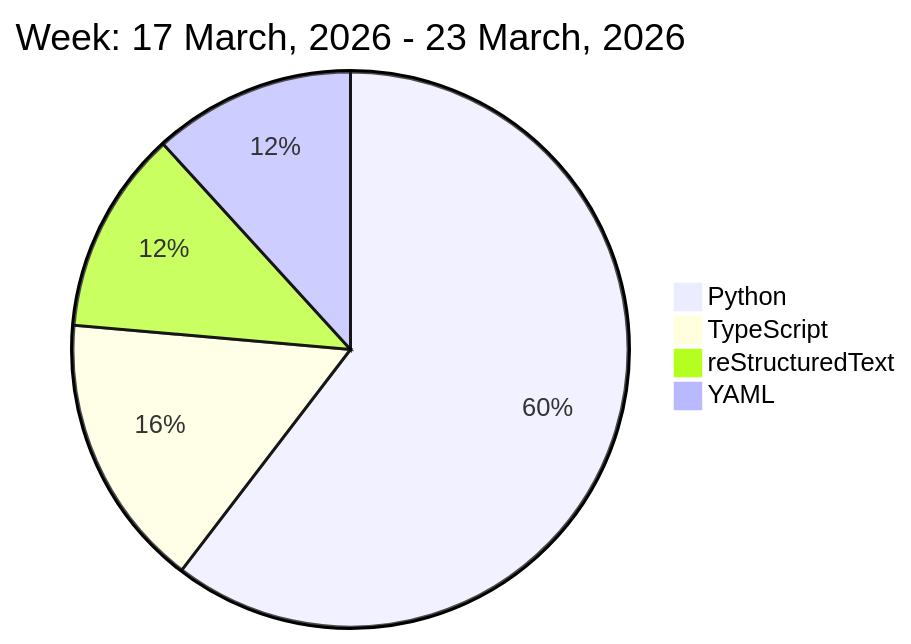
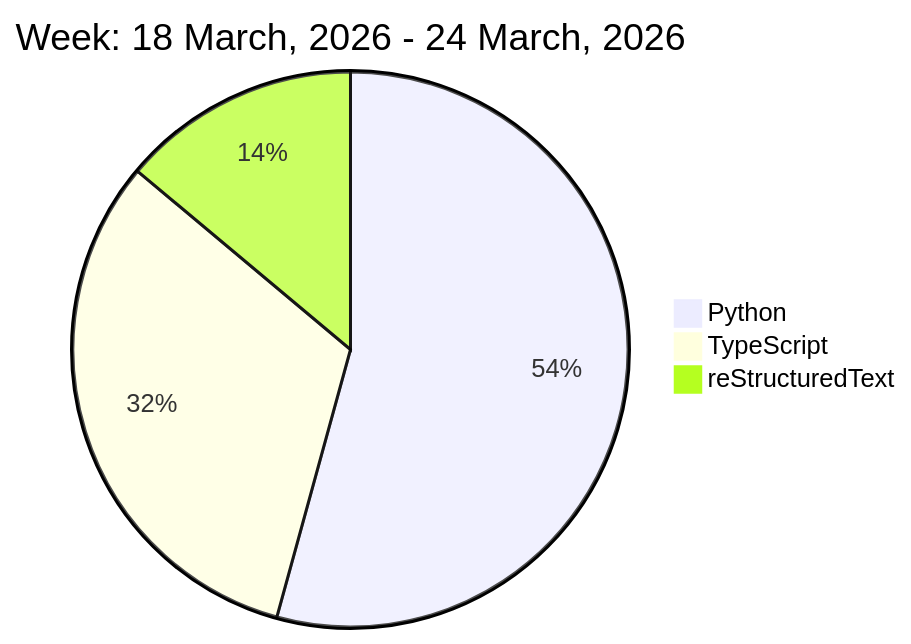
The diagram in README.md (liubin95/liubin95), drawn with Mermaid before and after one commit.

Commit message:
Updated the Graph with new Metrics

````diff
--- a/README.md
+++ b/README.md
@@ -32,8 +32,7 @@
 ```mermaid
  pie
-title Week: 17 March, 2026 - 23 March, 2026
- "Python" : 14.53
- "TypeScript" : 3.85
- "reStructuredText" : 2.85
- "YAML" : 2.83
+title Week: 18 March, 2026 - 24 March, 2026
+ "Python" : 12.88
+ "TypeScript" : 7.55
+ "reStructuredText" : 3.3
 ```
````
